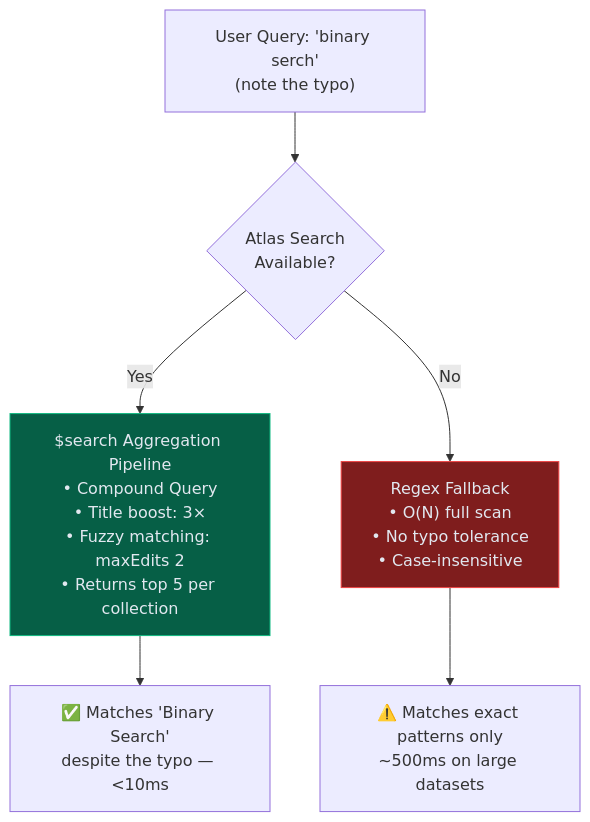
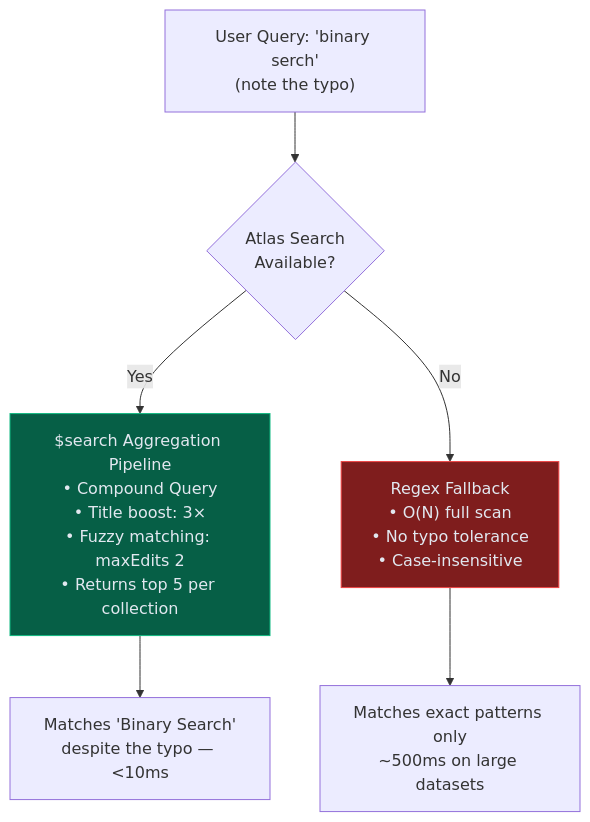
Before and after one commit to manaskng/Relay: the fourth of 5 diagrams in README.md, drawn with Mermaid. The commit also changed other lines of this file, not shown here.

````diff
--- a/README.md
+++ b/README.md
@@ -226,11 +226,11 @@
 ```mermaid
 flowchart TB
     Q["User Query: 'binary serch'<br/>(note the typo)"] --> AS{"Atlas Search<br/>Available?"}
     AS -->|Yes| Lucene["$search Aggregation Pipeline<br/>• Compound Query<br/>• Title boost: 3×<br/>• Fuzzy matching: maxEdits 2<br/>• Returns top 5 per collection"]
     AS -->|No| Regex["Regex Fallback<br/>• O(N) full scan<br/>• No typo tolerance<br/>• Case-insensitive"]
-    Lucene --> Results["✅ Matches 'Binary Search'<br/>despite the typo — <10ms"]
-    Regex --> Results2["⚠️ Matches exact patterns only<br/>~500ms on large datasets"]
+    Lucene --> Results[" Matches 'Binary Search'<br/>despite the typo — <10ms"]
+    Regex --> Results2[" Matches exact patterns only<br/>~500ms on large datasets"]
 
     style Lucene fill:#065f46,stroke:#10b981,color:#e2e8f0
     style Regex fill:#7f1d1d,stroke:#ef4444,color:#e2e8f0
 ```
````
